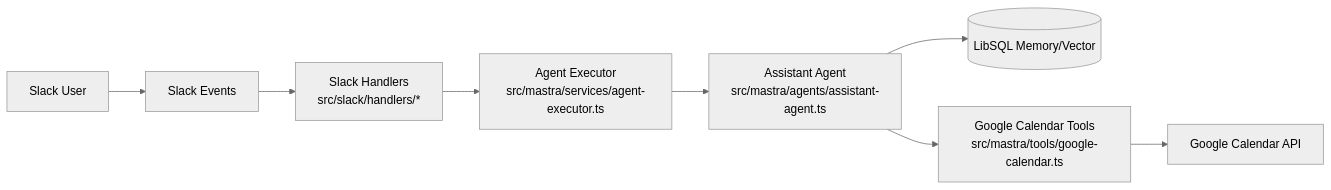
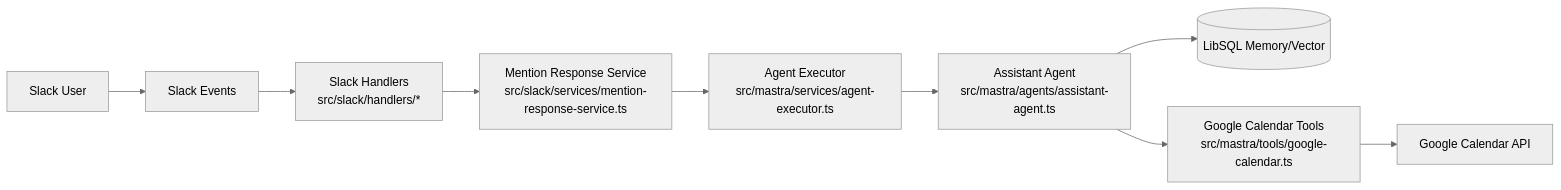
One commit to 2bo/mastra-slack-agent changed the diagram in docs/CODEBASE_GUIDE.md. Above: the diagram before and after it, drawn with Mermaid (neutral theme). The commit also changed other lines of this file and 17 other files, not shown here.

Commit message:
refactor(slack): split response flows and simplify HITL result presentation Entire-Checkpoint: 007fd25de0ab

````diff
--- a/docs/CODEBASE_GUIDE.md
+++ b/docs/CODEBASE_GUIDE.md
@@ -28,10 +28,11 @@
 ```mermaid
 flowchart LR
   U[Slack User] --> S[Slack Events]
   S --> H[Slack Handlers\nsrc/slack/handlers/*]
-  H --> E[Agent Executor\nsrc/mastra/services/agent-executor.ts]
+  H --> R[Mention Response Service\nsrc/slack/services/mention-response-service.ts]
+  R --> E[Agent Executor\nsrc/mastra/services/agent-executor.ts]
   E --> A[Assistant Agent\nsrc/mastra/agents/assistant-agent.ts]
   A --> M[(LibSQL Memory/Vector)]
   A --> T[Google Calendar Tools\nsrc/mastra/tools/google-calendar.ts]
   T --> G[Google Calendar API]
 ```
````
